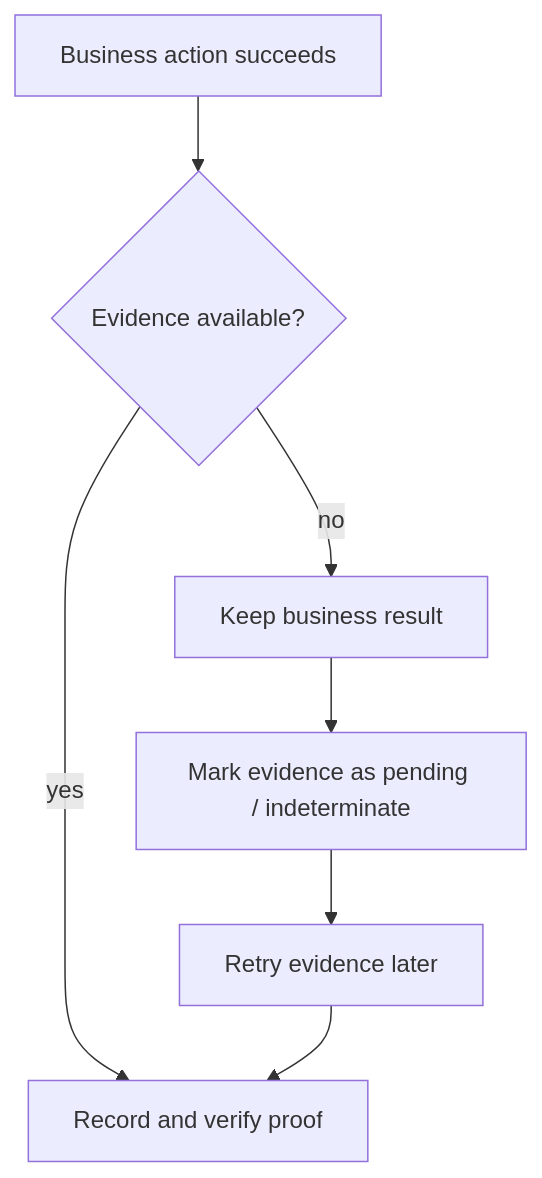
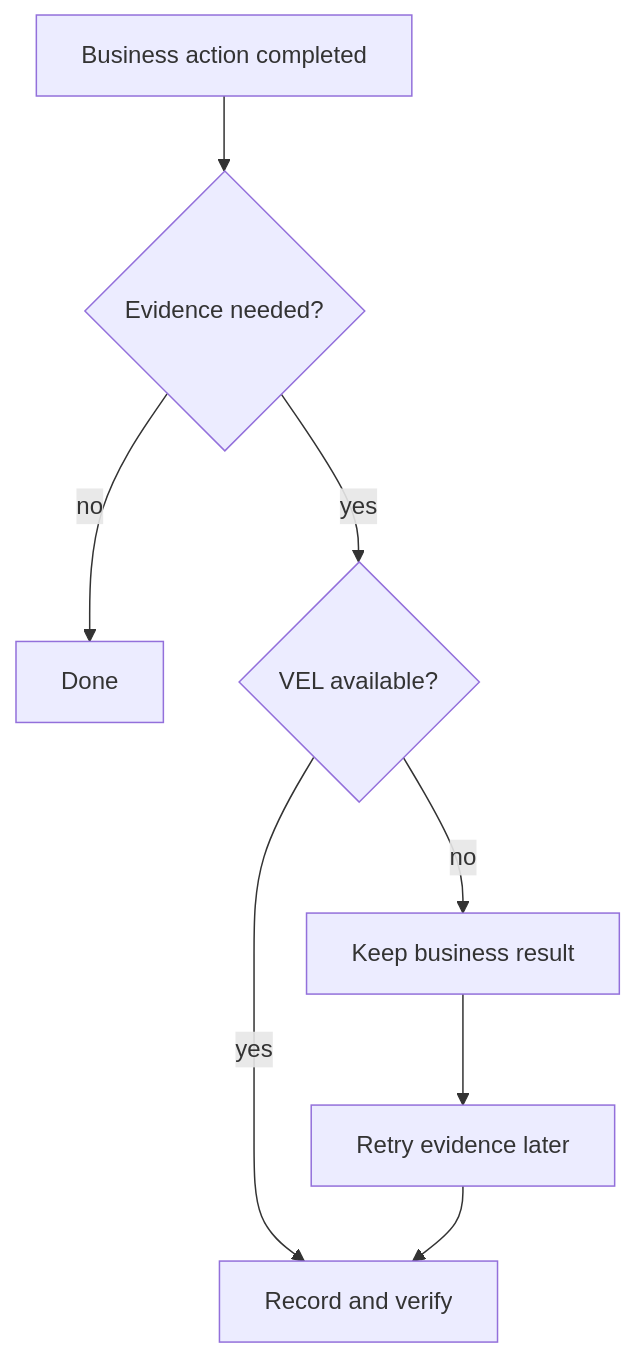
Before and after one commit to krukmat/fenix: the fifth of 6 diagrams in README.md, drawn with Mermaid. The commit also changed other lines of this file, not shown here.

````diff
--- a/README.md
+++ b/README.md
@@ -321,9 +340,10 @@
 ```mermaid
 flowchart TD
-    X[Business action succeeds] --> Y{Evidence available?}
-    Y -->|yes| Z[Record and verify proof]
-    Y -->|no| Q[Keep business result]
-    Q --> W[Mark evidence as pending / indeterminate]
-    W --> K[Retry evidence later]
-    K --> Z
+    A[Business action completed] --> B{Evidence needed?}
+    B -->|no| C[Done]
+    B -->|yes| D{VEL available?}
+    D -->|yes| E[Record and verify]
+    D -->|no| F[Keep business result]
+    F --> G[Retry evidence later]
+    G --> E
 ```
````
